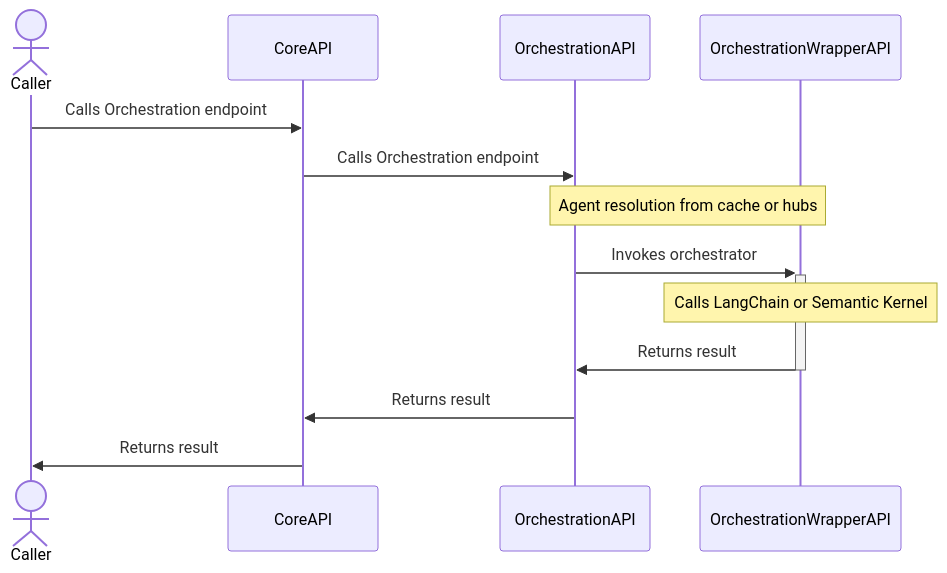
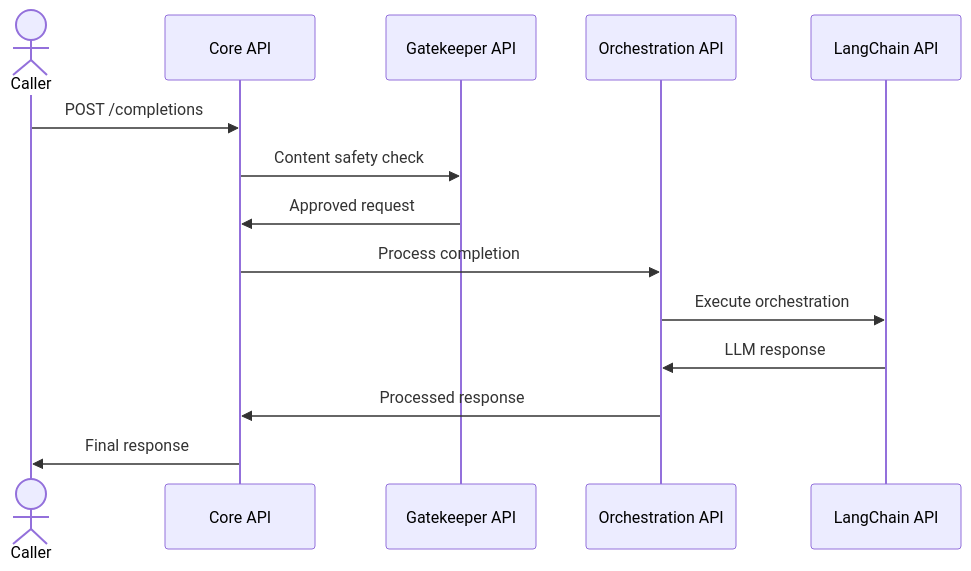
The diagram in docs/apis-sdks/apis/core-api/directly-calling-core-api.md (foundationallm/foundationallm), drawn with Mermaid before and after one commit. The commit also changed other lines of this file and 11 other files, not shown here.

````diff
--- a/docs/apis-sdks/apis/core-api/directly-calling-core-api.md
+++ b/docs/apis-sdks/apis/core-api/directly-calling-core-api.md
@@ -9,17 +18,17 @@
 ```mermaid
 sequenceDiagram
     actor U as Caller
-    participant C as CoreAPI
-    participant A as OrchestrationAPI
-    participant O as OrchestrationWrapperAPI
+    participant C as Core API
+    participant G as Gatekeeper API
+    participant O as Orchestration API
+    participant L as LangChain API
 
-    U->>C: Calls Orchestration endpoint
-    C->>A: Calls Orchestration endpoint
-    Note over A,O: Agent resolution from cache or hubs
-    A->>+O: Invokes orchestrator
-    Note over O: Calls LangChain or Semantic Kernel
-    O->>-A: Returns result
-    A->>C: Returns result
-    C->>U: Returns result
-
+    U->>C: POST /completions
+    C->>G: Content safety check
+    G->>C: Approved request
+    C->>O: Process completion
+    O->>L: Execute orchestration
+    L->>O: LLM response
+    O->>C: Processed response
+    C->>U: Final response
 ```
````
